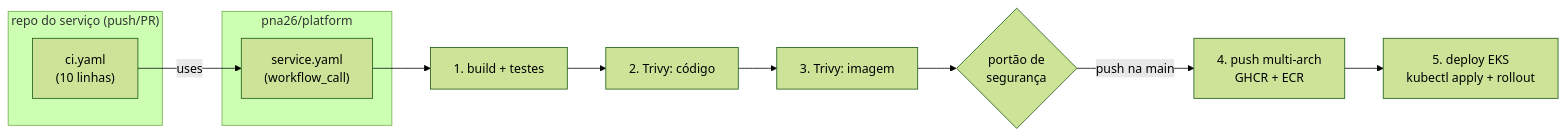
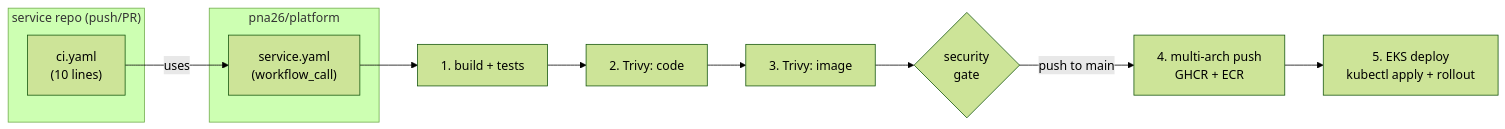
One commit to pna26/platform changed the diagram in docs/devops/ci-cd.md. Above: the diagram before and after it, drawn with Mermaid (forest theme). The commit also changed other lines of this file and 55 other files, not shown here.

````diff
--- a/docs/devops/ci-cd.md
+++ b/docs/devops/ci-cd.md
@@ -15,16 +15,16 @@
 ``` mermaid
 flowchart LR
-    subgraph svc ["repo do serviço (push/PR)"]
-        ci["ci.yaml<br/>(10 linhas)"]
+    subgraph svc ["service repo (push/PR)"]
+        ci["ci.yaml<br/>(10 lines)"]
     end
     subgraph platform ["pna26/platform"]
         reuse["service.yaml<br/>(workflow_call)"]
     end
     ci -->|uses| reuse
-    reuse --> b["1. build + testes"]
-    b --> s1["2. Trivy: código"]
-    s1 --> s2["3. Trivy: imagem"]
-    s2 --> gate{"portão de<br/>segurança"}
-    gate -->|"push na main"| p["4. push multi-arch<br/>GHCR + ECR"]
-    p --> d["5. deploy EKS<br/>kubectl apply + rollout"]
+    reuse --> b["1. build + tests"]
+    b --> s1["2. Trivy: code"]
+    s1 --> s2["3. Trivy: image"]
+    s2 --> gate{"security<br/>gate"}
+    gate -->|"push to main"| p["4. multi-arch push<br/>GHCR + ECR"]
+    p --> d["5. EKS deploy<br/>kubectl apply + rollout"]
 ```
````
